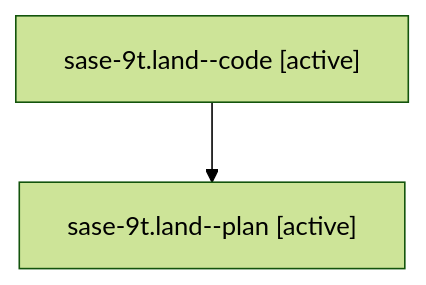
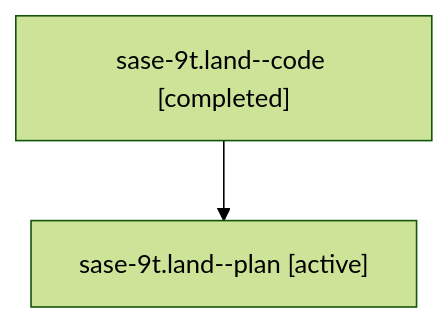
The diagram in families/bbugyi200.athena.sase-9t.land.md (sase-org/sase--agents), drawn with Mermaid (forest theme) before and after one commit. The commit also changed other lines of this file and 8679 other files, not shown here.

````diff
--- a/families/bbugyi200.athena.sase-9t.land.md
+++ b/families/bbugyi200.athena.sase-9t.land.md
@@ -9,6 +9,6 @@
 ```mermaid
 flowchart TD
-  n0["sase-9t.land--code [active]"]
+  n0["sase-9t.land--code [completed]"]
   n1["sase-9t.land--plan [active]"]
   n0 --> n1
 ```
````
